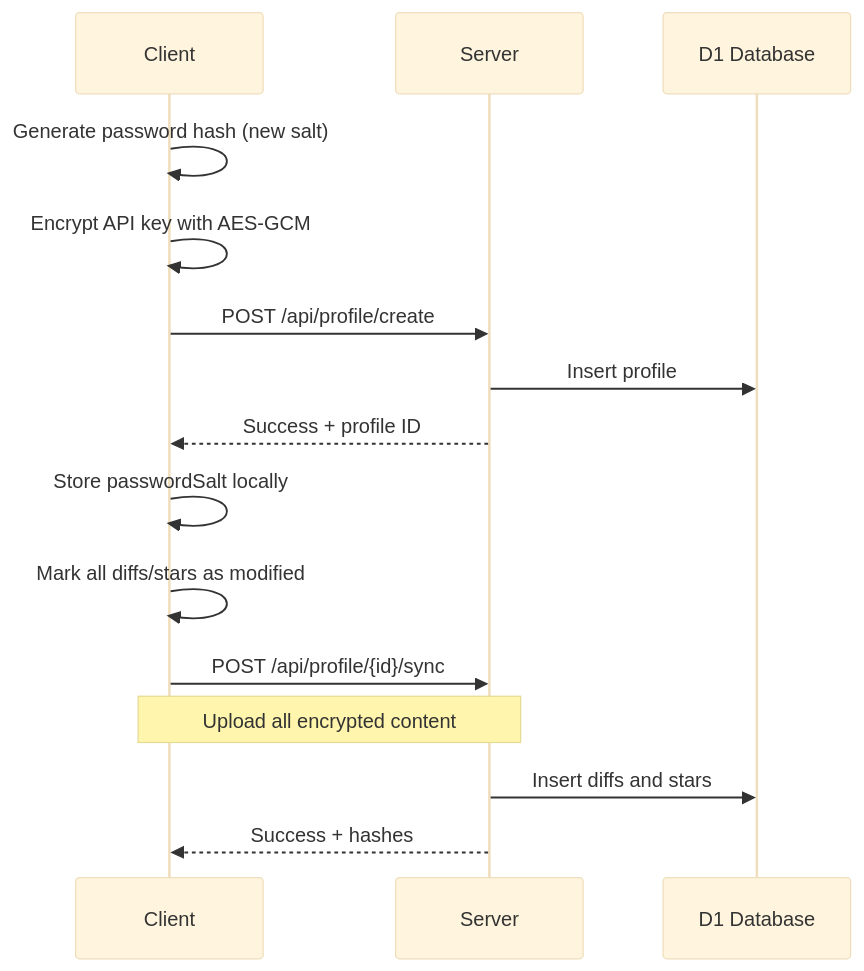
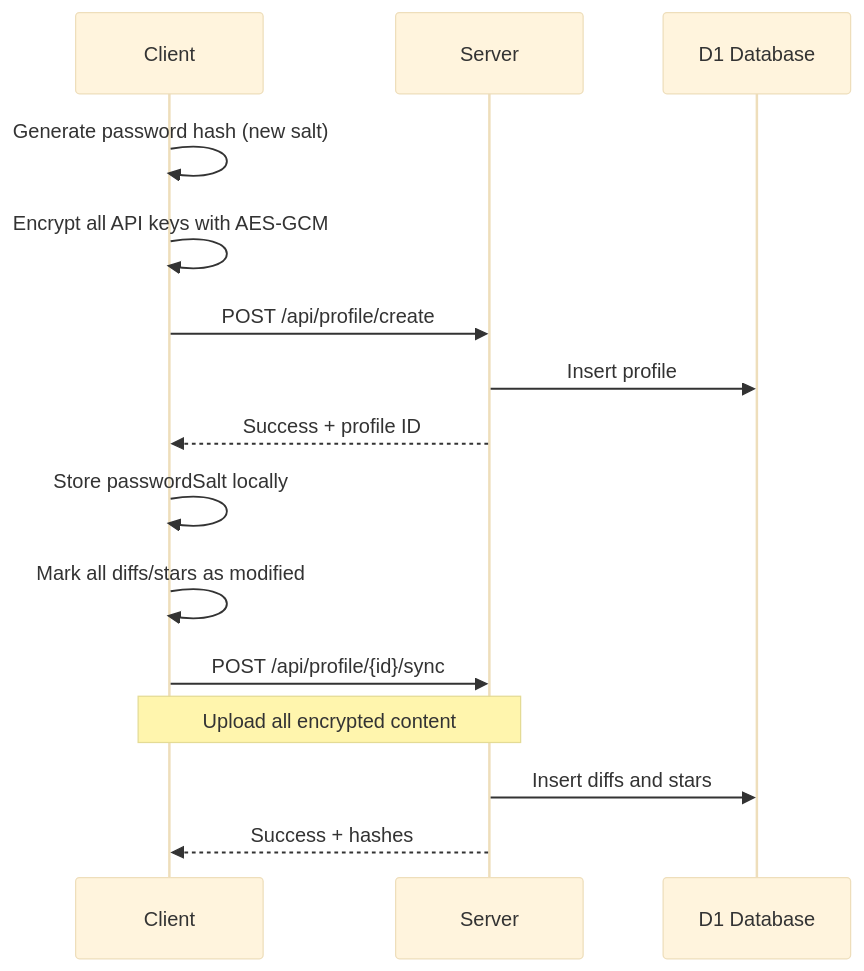
The first of 3 diagrams in docs/architecture/sync.md (SmileyChris/difflog), drawn with Mermaid (base theme) before and after one commit. The commit also changed other lines of this file and 8 other files, not shown here.

````diff
--- a/docs/architecture/sync.md
+++ b/docs/architecture/sync.md
@@ -50,18 +50,18 @@
 ``` mermaid
 sequenceDiagram
     participant C as Client
     participant S as Server
     participant DB as D1 Database
 
     C->>C: Generate password hash (new salt)
-    C->>C: Encrypt API key with AES-GCM
+    C->>C: Encrypt all API keys with AES-GCM
     C->>S: POST /api/profile/create
     S->>DB: Insert profile
     S-->>C: Success + profile ID
     C->>C: Store passwordSalt locally
     C->>C: Mark all diffs/stars as modified
     C->>S: POST /api/profile/{id}/sync
     Note over C,S: Upload all encrypted content
     S->>DB: Insert diffs and stars
     S-->>C: Success + hashes
 ```
````
